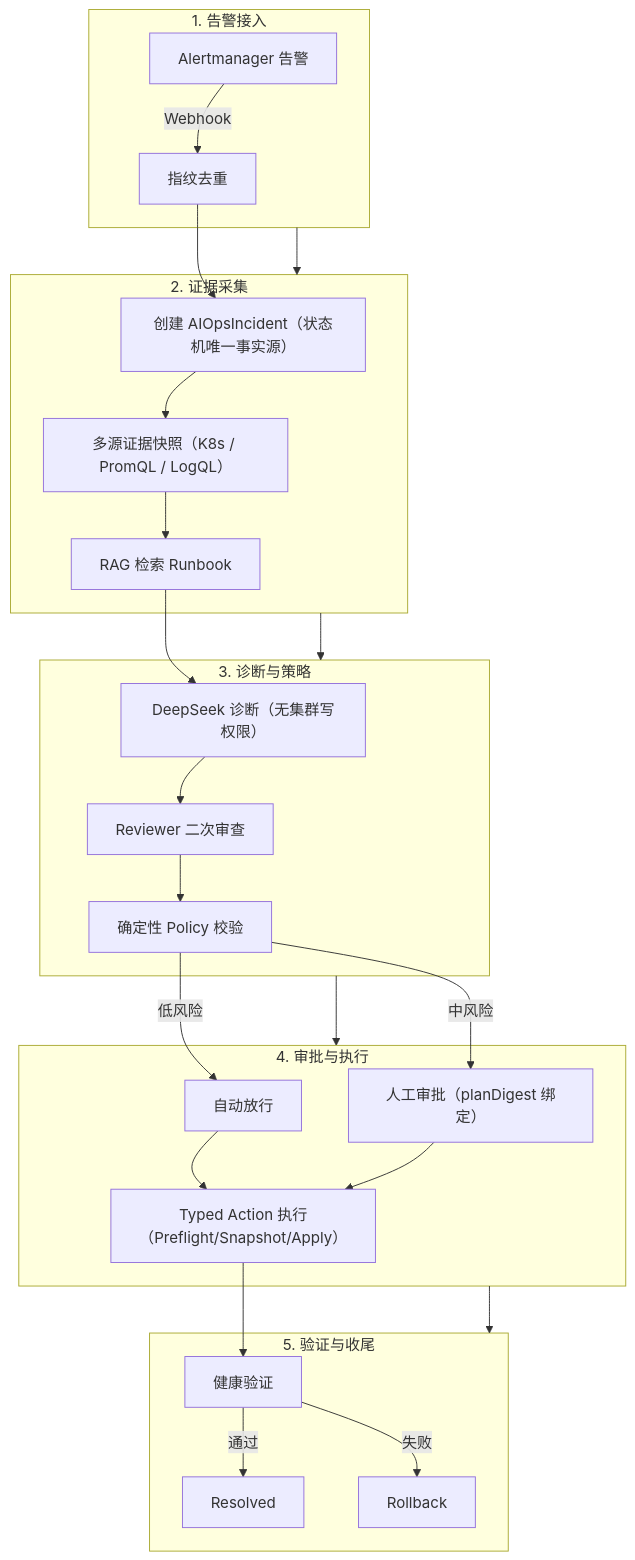
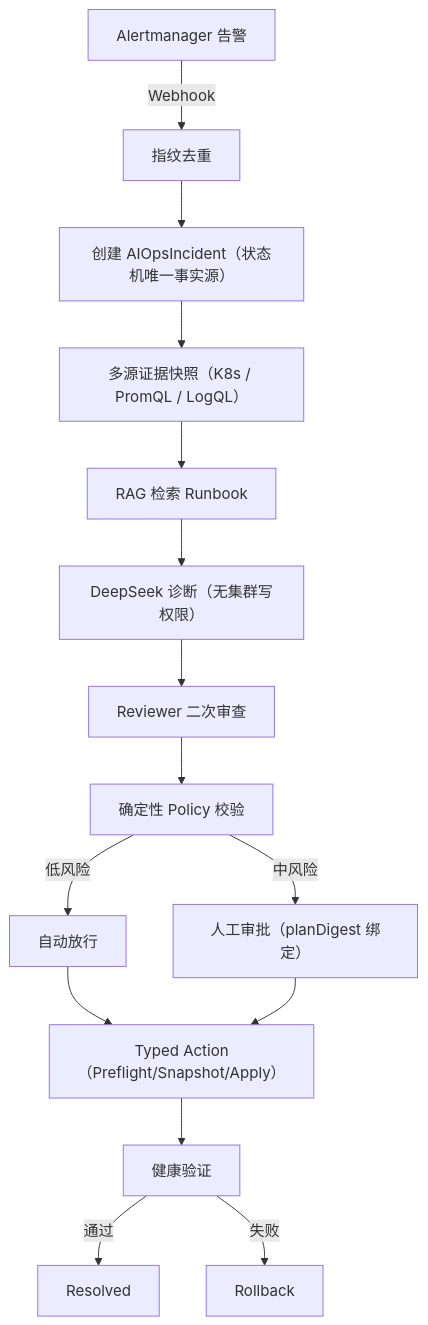
The diagram in content/projects/aegisops/index.md (user27c/sre-portfolio), drawn with Mermaid before and after one commit. The commit also changed other lines of this file, not shown here.

````diff
--- a/content/projects/aegisops/index.md
+++ b/content/projects/aegisops/index.md
@@ -35,33 +35,17 @@
 ```mermaid
 flowchart TD
-    subgraph A ["1. 告警接入"]
-        ALERT["Alertmanager 告警"] -->|Webhook| DEDUP["指纹去重"]
-    end
-
-    subgraph B ["2. 证据采集"]
-        DEDUP --> INCIDENT["创建 AIOpsIncident（状态机唯一事实源）"]
-        INCIDENT --> EVIDENCE["多源证据快照（K8s / PromQL / LogQL）"]
-        EVIDENCE --> RAG["RAG 检索 Runbook"]
-    end
-
-    subgraph C ["3. 诊断与策略"]
-        RAG --> DIAG["DeepSeek 诊断（无集群写权限）"]
-        DIAG --> REVIEW["Reviewer 二次审查"]
-        REVIEW --> POLICY["确定性 Policy 校验"]
-    end
-
-    subgraph D ["4. 审批与执行"]
-        POLICY -->|低风险| AUTO["自动放行"]
-        POLICY -->|中风险| APPROVAL["人工审批（planDigest 绑定）"]
-        AUTO --> EXEC["Typed Action 执行（Preflight/Snapshot/Apply）"]
-        APPROVAL --> EXEC
-    end
-
-    subgraph E ["5. 验证与收尾"]
-        EXEC --> VERIFY["健康验证"]
-        VERIFY -->|通过| RESOLVED["Resolved"]
-        VERIFY -->|失败| ROLLBACK["Rollback"]
-    end
-
-    A --> B --> C --> D --> E
+    ALERT["Alertmanager 告警"] -->|Webhook| DEDUP["指纹去重"]
+    DEDUP --> INCIDENT["创建 AIOpsIncident（状态机唯一事实源）"]
+    INCIDENT --> EVIDENCE["多源证据快照（K8s / PromQL / LogQL）"]
+    EVIDENCE --> RAG["RAG 检索 Runbook"]
+    RAG --> DIAG["DeepSeek 诊断（无集群写权限）"]
+    DIAG --> REVIEW["Reviewer 二次审查"]
+    REVIEW --> POLICY["确定性 Policy 校验"]
+    POLICY -->|低风险| AUTO["自动放行"]
+    POLICY -->|中风险| APPROVAL["人工审批（planDigest 绑定）"]
+    AUTO --> EXEC["Typed Action（Preflight/Snapshot/Apply）"]
+    APPROVAL --> EXEC
+    EXEC --> VERIFY["健康验证"]
+    VERIFY -->|通过| RESOLVED["Resolved"]
+    VERIFY -->|失败| ROLLBACK["Rollback"]
 ```
````
